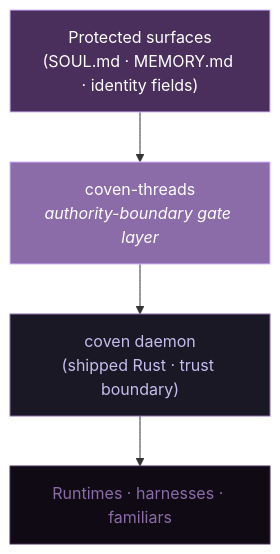
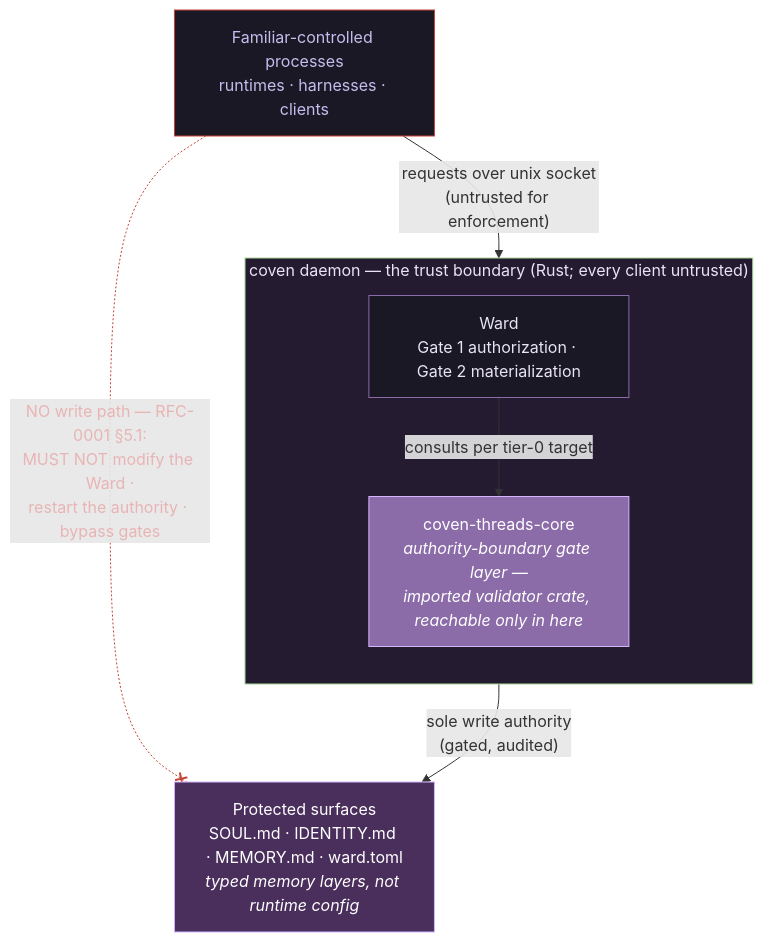
One commit to OpenCoven/coven-threads changed the diagram in docs/diagrams/src/stack.mmd. Above: the diagram before and after it, drawn with Mermaid. The commit also changed 18 other files, not shown here.

```diff
--- a/docs/diagrams/src/stack.mmd
+++ b/docs/diagrams/src/stack.mmd
@@ -1,12 +1,29 @@
+%% stack — where coven-threads sits, with both boundaries drawn: the daemon
+%% trust boundary CONTAINS coven-threads-core (imported validator crate,
+%% Phase 2 reality), and familiar-controlled processes have no write path to
+%% protected surfaces (RFC-0001 §5.1).
+%% Source of truth: PHASE-0-DESIGN.md §1, §3.1, §3.2; RFC-0001 §5.1;
+%% coven/docs/SAFETY-MODEL.md.
+%% Form: containment subgraph + a forbidden edge for the §5.1 cut.
 flowchart TB
-  A["Protected surfaces<br/>(SOUL.md · MEMORY.md · identity fields)"]
-  B["coven-threads<br/><i>authority-boundary gate layer</i>"]
-  C["coven daemon<br/>(shipped Rust · trust boundary)"]
-  D["Runtimes · harnesses · familiars"]
-  A --> B
-  B --> C
-  C --> D
-  style A fill:#4A2E5C,stroke:#D4B5FF,color:#fff
-  style B fill:#8B6BA8,stroke:#D4B5FF,color:#fff
-  style C fill:#1A1825,stroke:#8B6BA8,color:#C5BDED
-  style D fill:#0F0A14,stroke:#4A2E5C,color:#8B6BA8
+  P["Protected surfaces<br/>SOUL.md · IDENTITY.md · MEMORY.md · ward.toml<br/><i>typed memory layers, not runtime config</i>"]
+
+  subgraph DAEMON["coven daemon — the trust boundary (Rust; every client untrusted)"]
+    direction TB
+    WARD["Ward<br/>Gate 1 authorization · Gate 2 materialization"]
+    CT["coven-threads-core<br/><i>authority-boundary gate layer —<br/>imported validator crate, reachable only in here</i>"]
+    WARD -->|"consults per tier-0 target"| CT
+  end
+
+  F["Familiar-controlled processes<br/>runtimes · harnesses · clients"]
+
+  DAEMON -->|"sole write authority<br/>(gated, audited)"| P
+  F -->|"requests over unix socket<br/>(untrusted for enforcement)"| DAEMON
+  F -.-x|"NO write path — RFC-0001 §5.1:<br/>MUST NOT modify the Ward ·<br/>restart the authority · bypass gates"| P
+
+  style P fill:#4A2E5C,stroke:#D4B5FF,color:#FFFFFF
+  style DAEMON fill:#241B31,stroke:#A8D89A,color:#E8E3F5
+  style WARD fill:#1A1825,stroke:#8B6BA8,color:#E8E3F5
+  style CT fill:#8B6BA8,stroke:#D4B5FF,color:#FFFFFF
+  style F fill:#1A1825,stroke:#C44536,color:#C5BDED
+  linkStyle 3 stroke:#C44536,color:#E8B4B4
```
